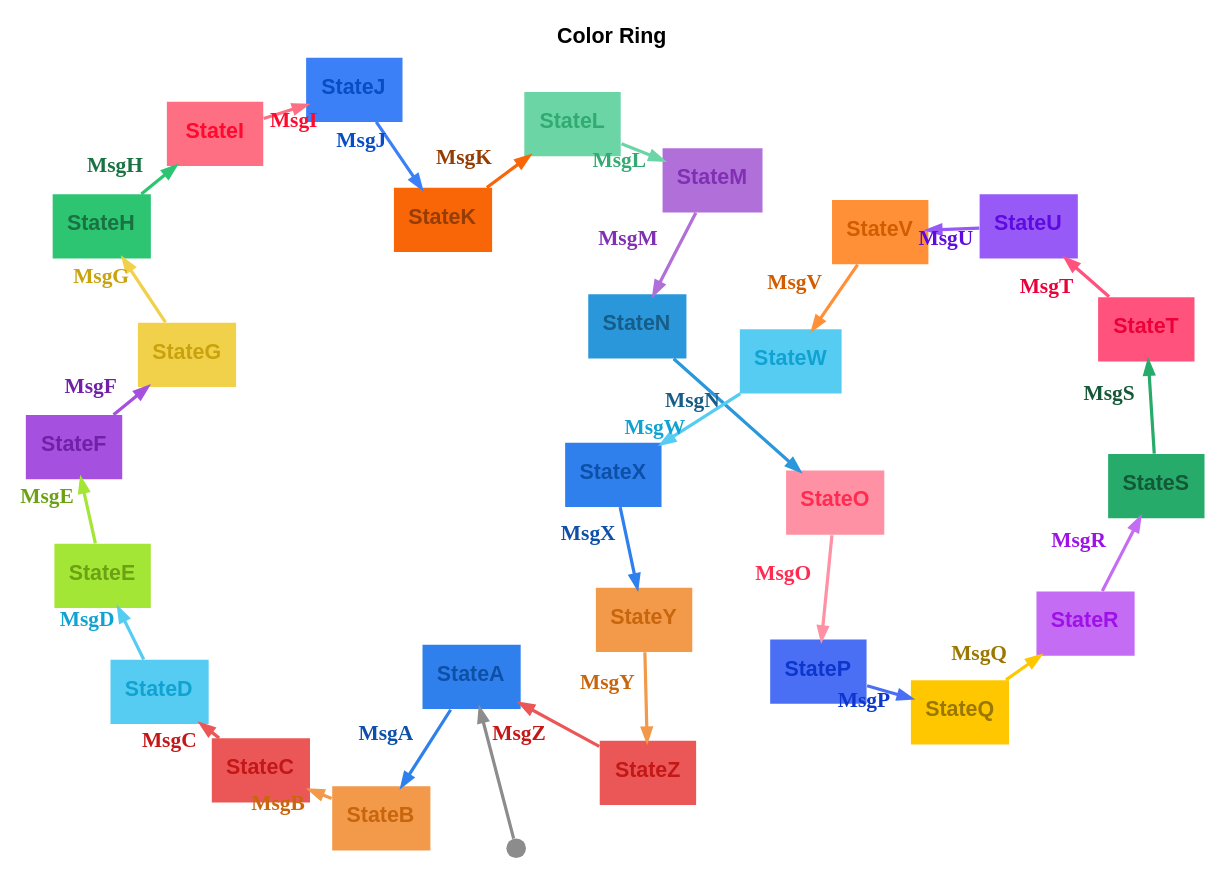
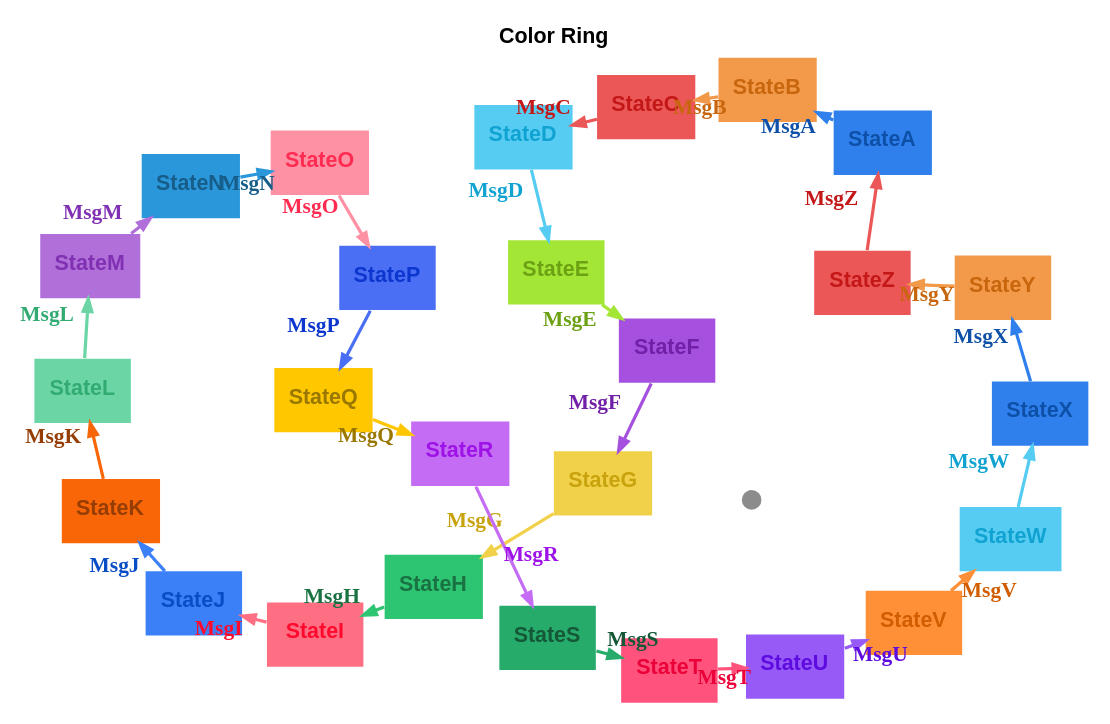
One commit to m-bock/purescript-transit changed the diagram in graphs/color-ring.dot. Above: the diagram before and after it, drawn with Graphviz. The commit also changed 19 other files, not shown here.

```diff
--- a/graphs/color-ring.dot
+++ b/graphs/color-ring.dot
@@ -1,59 +1,58 @@
 digraph 
 {
 rankdir = "TD";fontname = "Arial";label = <<b>Color Ring</b>>;labelloc = "t";fontsize = 12
 graph [layout=sfdp;overlap=false, K=2.5, repulsiveforce=4, splines=true];
 StateA [shape = "box", label = <<b>StateA</b>>, fontsize = 12, style = "filled", fillcolor = "#2f80ed", fontcolor = "#0e50a8", fontname = "Arial", labelloc = "c", penwidth = 0.0]
 __Start__ [shape = "circle", label = "", width = 0.15, height = 0.15, fixedsize = true, style = "filled", fillcolor = "#8c8c8c", penwidth = 0.0]
-__Start__ -> StateA [color = "#8c8c8c", fontsize = 12, arrowsize = "0.7", penwidth = 1.8]
 StateA -> StateB [color = "#2f80ed", fontcolor = "#0e50a8", fontsize = 12, arrowsize = "0.7", label = <<b>MsgA</b>>, penwidth = 1.8]
 StateB [shape = "box", label = <<b>StateB</b>>, fontsize = 12, style = "filled", fillcolor = "#f2994a", fontcolor = "#c8660e", fontname = "Arial", labelloc = "c", penwidth = 0.0]
 StateB -> StateC [color = "#f2994a", fontcolor = "#c8660e", fontsize = 12, arrowsize = "0.7", label = <<b>MsgB</b>>, penwidth = 1.8]
 StateC [shape = "box", label = <<b>StateC</b>>, fontsize = 12, style = "filled", fillcolor = "#eb5757", fontcolor = "#c41717", fontname = "Arial", labelloc = "c", penwidth = 0.0]
 StateC -> StateD [color = "#eb5757", fontcolor = "#c41717", fontsize = 12, arrowsize = "0.7", label = <<b>MsgC</b>>, penwidth = 1.8]
 StateD [shape = "box", label = <<b>StateD</b>>, fontsize = 12, style = "filled", fillcolor = "#56ccf2", fontcolor = "#10a3d2", fontname = "Arial", labelloc = "c", penwidth = 0.0]
 StateD -> StateE [color = "#56ccf2", fontcolor = "#10a3d2", fontsize = 12, arrowsize = "0.7", label = <<b>MsgD</b>>, penwidth = 1.8]
 StateE [shape = "box", label = <<b>StateE</b>>, fontsize = 12, style = "filled", fillcolor = "#a3e635", fontcolor = "#6ca114", fontname = "Arial", labelloc = "c", penwidth = 0.0]
 StateE -> StateF [color = "#a3e635", fontcolor = "#6ca114", fontsize = 12, arrowsize = "0.7", label = <<b>MsgE</b>>, penwidth = 1.8]
 StateF [shape = "box", label = <<b>StateF</b>>, fontsize = 12, style = "filled", fillcolor = "#a550de", fontcolor = "#7120a8", fontname = "Arial", labelloc = "c", penwidth = 0.0]
 StateF -> StateG [color = "#a550de", fontcolor = "#7120a8", fontsize = 12, arrowsize = "0.7", label = <<b>MsgF</b>>, penwidth = 1.8]
 StateG [shape = "box", label = <<b>StateG</b>>, fontsize = 12, style = "filled", fillcolor = "#f2d14a", fontcolor = "#c8a30e", fontname = "Arial", labelloc = "c", penwidth = 0.0]
 StateG -> StateH [color = "#f2d14a", fontcolor = "#c8a30e", fontsize = 12, arrowsize = "0.7", label = <<b>MsgG</b>>, penwidth = 1.8]
 StateH [shape = "box", label = <<b>StateH</b>>, fontsize = 12, style = "filled", fillcolor = "#2dc472", fontcolor = "#1a7142", fontname = "Arial", labelloc = "c", penwidth = 0.0]
 StateH -> StateI [color = "#2dc472", fontcolor = "#1a7142", fontsize = 12, arrowsize = "0.7", label = <<b>MsgH</b>>, penwidth = 1.8]
 StateI [shape = "box", label = <<b>StateI</b>>, fontsize = 12, style = "filled", fillcolor = "#ff6f84", fontcolor = "#ff092d", fontname = "Arial", labelloc = "c", penwidth = 0.0]
 StateI -> StateJ [color = "#ff6f84", fontcolor = "#ff092d", fontsize = 12, arrowsize = "0.7", label = <<b>MsgI</b>>, penwidth = 1.8]
 StateJ [shape = "box", label = <<b>StateJ</b>>, fontsize = 12, style = "filled", fillcolor = "#3c80f7", fontcolor = "#084dc5", fontname = "Arial", labelloc = "c", penwidth = 0.0]
 StateJ -> StateK [color = "#3c80f7", fontcolor = "#084dc5", fontsize = 12, arrowsize = "0.7", label = <<b>MsgJ</b>>, penwidth = 1.8]
 StateK [shape = "box", label = <<b>StateK</b>>, fontsize = 12, style = "filled", fillcolor = "#f86607", fontcolor = "#953d04", fontname = "Arial", labelloc = "c", penwidth = 0.0]
 StateK -> StateL [color = "#f86607", fontcolor = "#953d04", fontsize = 12, arrowsize = "0.7", label = <<b>MsgK</b>>, penwidth = 1.8]
 StateL [shape = "box", label = <<b>StateL</b>>, fontsize = 12, style = "filled", fillcolor = "#6cd5a5", fontcolor = "#31ab72", fontname = "Arial", labelloc = "c", penwidth = 0.0]
 StateL -> StateM [color = "#6cd5a5", fontcolor = "#31ab72", fontsize = 12, arrowsize = "0.7", label = <<b>MsgL</b>>, penwidth = 1.8]
 StateM [shape = "box", label = <<b>StateM</b>>, fontsize = 12, style = "filled", fillcolor = "#b06fd9", fontcolor = "#8030b2", fontname = "Arial", labelloc = "c", penwidth = 0.0]
 StateM -> StateN [color = "#b06fd9", fontcolor = "#8030b2", fontsize = 12, arrowsize = "0.7", label = <<b>MsgM</b>>, penwidth = 1.8]
 StateN [shape = "box", label = <<b>StateN</b>>, fontsize = 12, style = "filled", fillcolor = "#2b97db", fontcolor = "#175d89", fontname = "Arial", labelloc = "c", penwidth = 0.0]
 StateN -> StateO [color = "#2b97db", fontcolor = "#175d89", fontsize = 12, arrowsize = "0.7", label = <<b>MsgN</b>>, penwidth = 1.8]
 StateO [shape = "box", label = <<b>StateO</b>>, fontsize = 12, style = "filled", fillcolor = "#ff91a4", fontcolor = "#ff2b51", fontname = "Arial", labelloc = "c", penwidth = 0.0]
 StateO -> StateP [color = "#ff91a4", fontcolor = "#ff2b51", fontsize = 12, arrowsize = "0.7", label = <<b>MsgO</b>>, penwidth = 1.8]
 StateP [shape = "box", label = <<b>StateP</b>>, fontsize = 12, style = "filled", fillcolor = "#4a6ff4", fontcolor = "#0c36cd", fontname = "Arial", labelloc = "c", penwidth = 0.0]
 StateP -> StateQ [color = "#4a6ff4", fontcolor = "#0c36cd", fontsize = 12, arrowsize = "0.7", label = <<b>MsgP</b>>, penwidth = 1.8]
 StateQ [shape = "box", label = <<b>StateQ</b>>, fontsize = 12, style = "filled", fillcolor = "#ffc700", fontcolor = "#997700", fontname = "Arial", labelloc = "c", penwidth = 0.0]
 StateQ -> StateR [color = "#ffc700", fontcolor = "#997700", fontsize = 12, arrowsize = "0.7", label = <<b>MsgQ</b>>, penwidth = 1.8]
 StateR [shape = "box", label = <<b>StateR</b>>, fontsize = 12, style = "filled", fillcolor = "#c56cf4", fontcolor = "#9e12e8", fontname = "Arial", labelloc = "c", penwidth = 0.0]
 StateR -> StateS [color = "#c56cf4", fontcolor = "#9e12e8", fontsize = 12, arrowsize = "0.7", label = <<b>MsgR</b>>, penwidth = 1.8]
 StateS [shape = "box", label = <<b>StateS</b>>, fontsize = 12, style = "filled", fillcolor = "#26ab6b", fontcolor = "#145837", fontname = "Arial", labelloc = "c", penwidth = 0.0]
 StateS -> StateT [color = "#26ab6b", fontcolor = "#145837", fontsize = 12, arrowsize = "0.7", label = <<b>MsgS</b>>, penwidth = 1.8]
 StateT [shape = "box", label = <<b>StateT</b>>, fontsize = 12, style = "filled", fillcolor = "#ff527c", fontcolor = "#eb0039", fontname = "Arial", labelloc = "c", penwidth = 0.0]
 StateT -> StateU [color = "#ff527c", fontcolor = "#eb0039", fontsize = 12, arrowsize = "0.7", label = <<b>MsgT</b>>, penwidth = 1.8]
 StateU [shape = "box", label = <<b>StateU</b>>, fontsize = 12, style = "filled", fillcolor = "#975af7", fontcolor = "#5e0be0", fontname = "Arial", labelloc = "c", penwidth = 0.0]
 StateU -> StateV [color = "#975af7", fontcolor = "#5e0be0", fontsize = 12, arrowsize = "0.7", label = <<b>MsgU</b>>, penwidth = 1.8]
 StateV [shape = "box", label = <<b>StateV</b>>, fontsize = 12, style = "filled", fillcolor = "#ff9038", fontcolor = "#d15d00", fontname = "Arial", labelloc = "c", penwidth = 0.0]
 StateV -> StateW [color = "#ff9038", fontcolor = "#d15d00", fontsize = 12, arrowsize = "0.7", label = <<b>MsgV</b>>, penwidth = 1.8]
 StateW [shape = "box", label = <<b>StateW</b>>, fontsize = 12, style = "filled", fillcolor = "#56ccf2", fontcolor = "#10a3d2", fontname = "Arial", labelloc = "c", penwidth = 0.0]
 StateW -> StateX [color = "#56ccf2", fontcolor = "#10a3d2", fontsize = 12, arrowsize = "0.7", label = <<b>MsgW</b>>, penwidth = 1.8]
 StateX [shape = "box", label = <<b>StateX</b>>, fontsize = 12, style = "filled", fillcolor = "#2f80ed", fontcolor = "#0e50a8", fontname = "Arial", labelloc = "c", penwidth = 0.0]
 StateX -> StateY [color = "#2f80ed", fontcolor = "#0e50a8", fontsize = 12, arrowsize = "0.7", label = <<b>MsgX</b>>, penwidth = 1.8]
 StateY [shape = "box", label = <<b>StateY</b>>, fontsize = 12, style = "filled", fillcolor = "#f2994a", fontcolor = "#c8660e", fontname = "Arial", labelloc = "c", penwidth = 0.0]
 StateY -> StateZ [color = "#f2994a", fontcolor = "#c8660e", fontsize = 12, arrowsize = "0.7", label = <<b>MsgY</b>>, penwidth = 1.8]
 StateZ [shape = "box", label = <<b>StateZ</b>>, fontsize = 12, style = "filled", fillcolor = "#eb5757", fontcolor = "#c41717", fontname = "Arial", labelloc = "c", penwidth = 0.0]
 StateZ -> StateA [color = "#eb5757", fontcolor = "#c41717", fontsize = 12, arrowsize = "0.7", label = <<b>MsgZ</b>>, penwidth = 1.8]
 }
```
